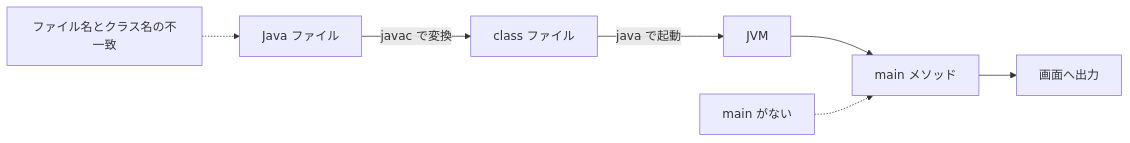
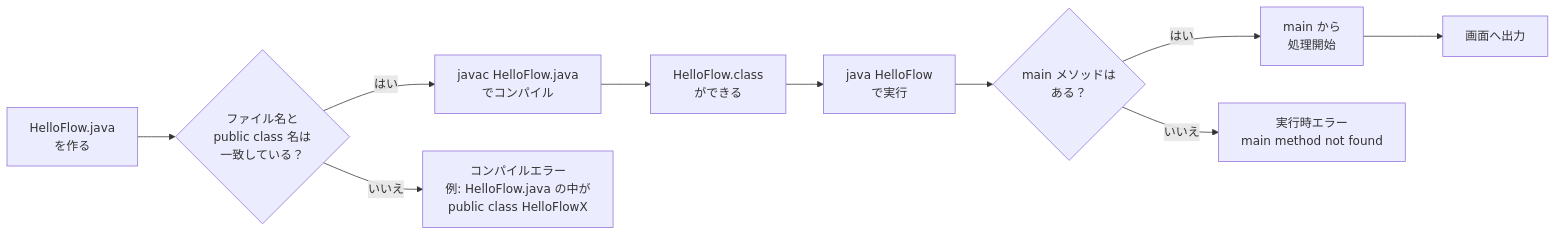
Before and after one commit to kiyomiya38/order-management-java: the diagram in docs/curriculum/java/java-handson/java-02-program-flow.md, drawn with Mermaid. The commit also changed other lines of this file, not shown here.

Commit message:
修正

````diff
--- a/docs/curriculum/java/java-handson/java-02-program-flow.md
+++ b/docs/curriculum/java/java-handson/java-02-program-flow.md
@@ -29,10 +29,13 @@
 ```mermaid
 flowchart LR
-  SRC["Java ファイル"] -->|javac で変換| CLS["class ファイル"]
-  CLS -->|java で起動| JVM["JVM"]
-  JVM --> MAIN["main メソッド"]
+  SRC["HelloFlow.java<br/>を作る"] --> CHECK1{"ファイル名と<br/>public class 名は<br/>一致している？"}
+  CHECK1 -->|はい| JAVAC["javac HelloFlow.java<br/>でコンパイル"]
+  CHECK1 -->|いいえ| ERR1["コンパイルエラー<br/>例: HelloFlow.java の中が<br/>public class HelloFlowX"]
+
+  JAVAC --> CLS["HelloFlow.class<br/>ができる"]
+  CLS --> RUN["java HelloFlow<br/>で実行"]
+  RUN --> CHECK2{"main メソッドは<br/>ある？"}
+  CHECK2 -->|はい| MAIN["main から<br/>処理開始"]
+  CHECK2 -->|いいえ| ERR2["実行時エラー<br/>main method not found"]
   MAIN --> OUT["画面へ出力"]
-
-  ERR1["ファイル名とクラス名の不一致"] -.-> SRC
-  ERR2["main がない"] -.-> MAIN
 ```
````
